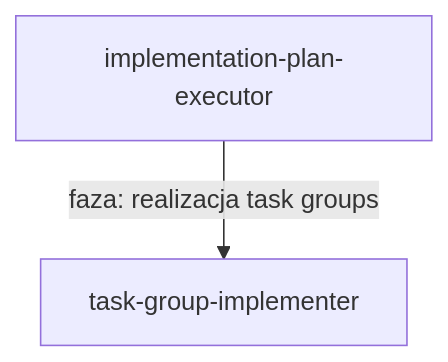
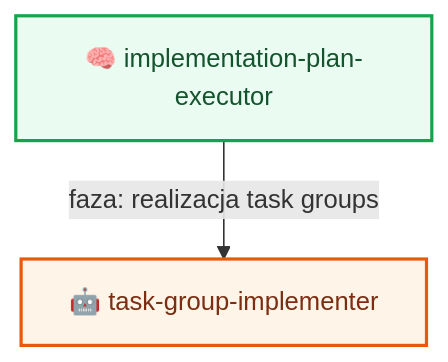
Before and after one commit to plucins/flowbit: the ninth of 10 diagrams in docs/flow/workflows.md, drawn with Mermaid. The commit also changed other lines of this file and 1 other file, not shown here.

Commit message:
Enhance mermaid diagrams with icons and improved formatting in overview and workflows documentation

````diff
--- a/docs/flow/workflows.md
+++ b/docs/flow/workflows.md
@@ -166,4 +210,9 @@
 ```mermaid
 graph TD
-  EXEC_S["implementation-plan-executor"] -- "faza: realizacja task groups" --> TG["task-group-implementer"]
+  EXEC_S["🧠 implementation-plan-executor"] -- "faza: realizacja task groups" --> TG["🤖 task-group-implementer"]
+
+  classDef skill fill:#EAFBF1,stroke:#16A34A,stroke-width:2px,color:#14532D;
+  classDef agent fill:#FFF4E8,stroke:#EA580C,stroke-width:2px,color:#7C2D12;
+  class EXEC_S skill;
+  class TG agent;
 ```
````
